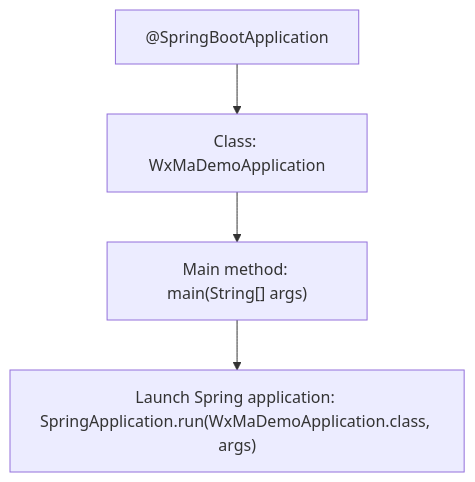
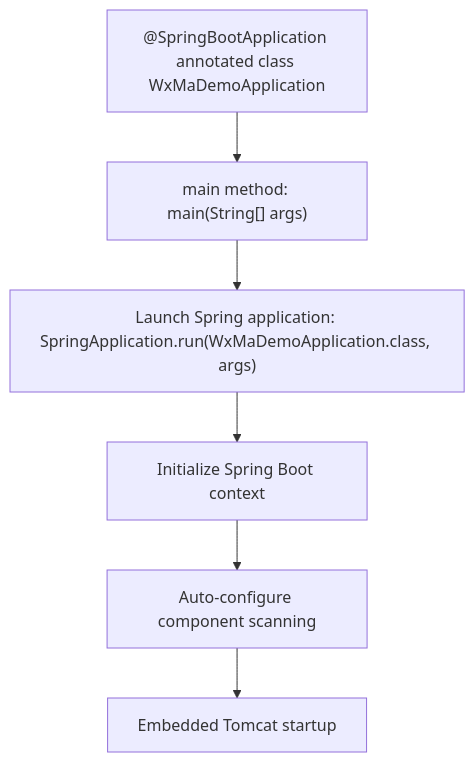
The second of 2 diagrams in docs/en/docs/src/main/java/com/github/binarywang/demo/wx/miniapp/WxMaDemoApplication.md (v-wjrong/rongwj666_weixin-java-miniapp-demo), drawn with Mermaid before and after one commit. The commit also changed other lines of this file and 49 other files, not shown here.

````diff
--- a/docs/en/docs/src/main/java/com/github/binarywang/demo/wx/miniapp/WxMaDemoApplication.md
+++ b/docs/en/docs/src/main/java/com/github/binarywang/demo/wx/miniapp/WxMaDemoApplication.md
@@ -50,11 +52,15 @@
 ```mermaid
 graph TD
-    A["@SpringBootApplication"]
-    B["Class: WxMaDemoApplication"]
-    C["Main method: main(String[] args)"]
-    D["Launch Spring application: SpringApplication.run(WxMaDemoApplication.class, args)"]
-    
+    A["@SpringBootApplication annotated class WxMaDemoApplication"]
+    B["main method: main(String[] args)"]
+    C["Launch Spring application: SpringApplication.run(WxMaDemoApplication.class, args)"]
+    D["Initialize Spring Boot context"]
+    E["Auto-configure component scanning"]
+    F["Embedded Tomcat startup"]
+
     A --> B
     B --> C
     C --> D
+    D --> E
+    E --> F
 ```
````
